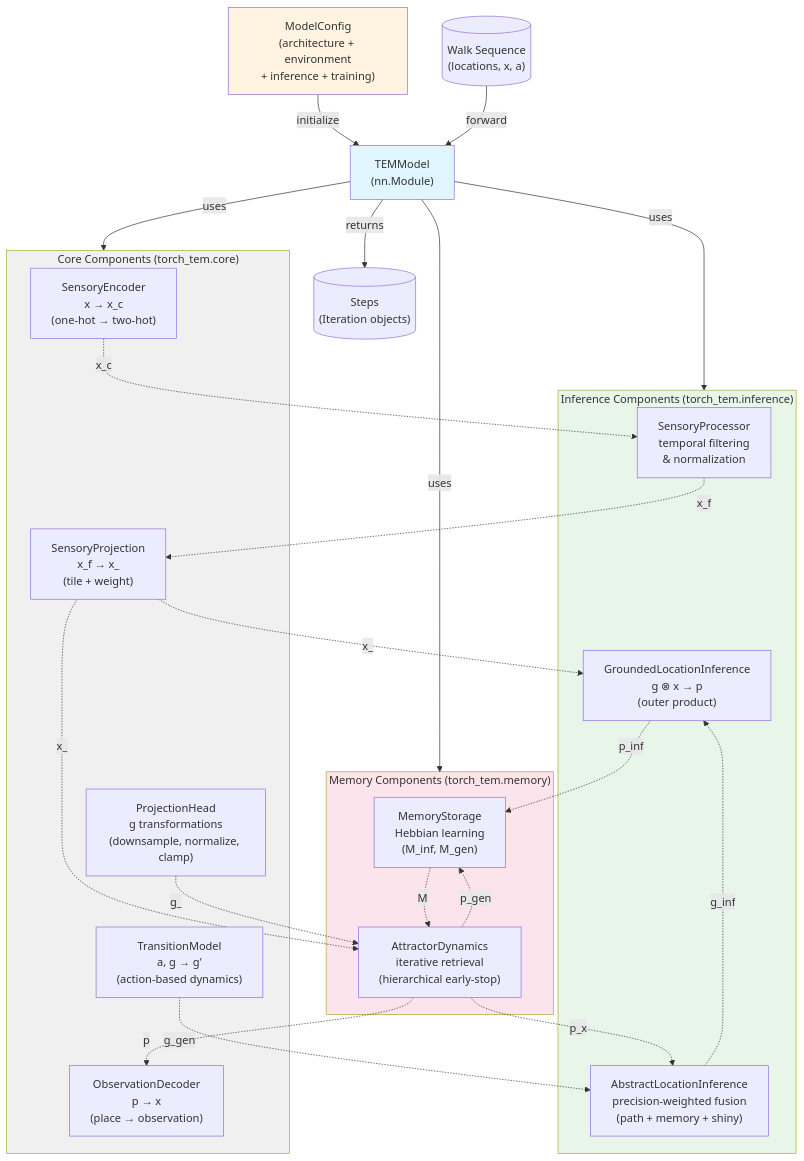
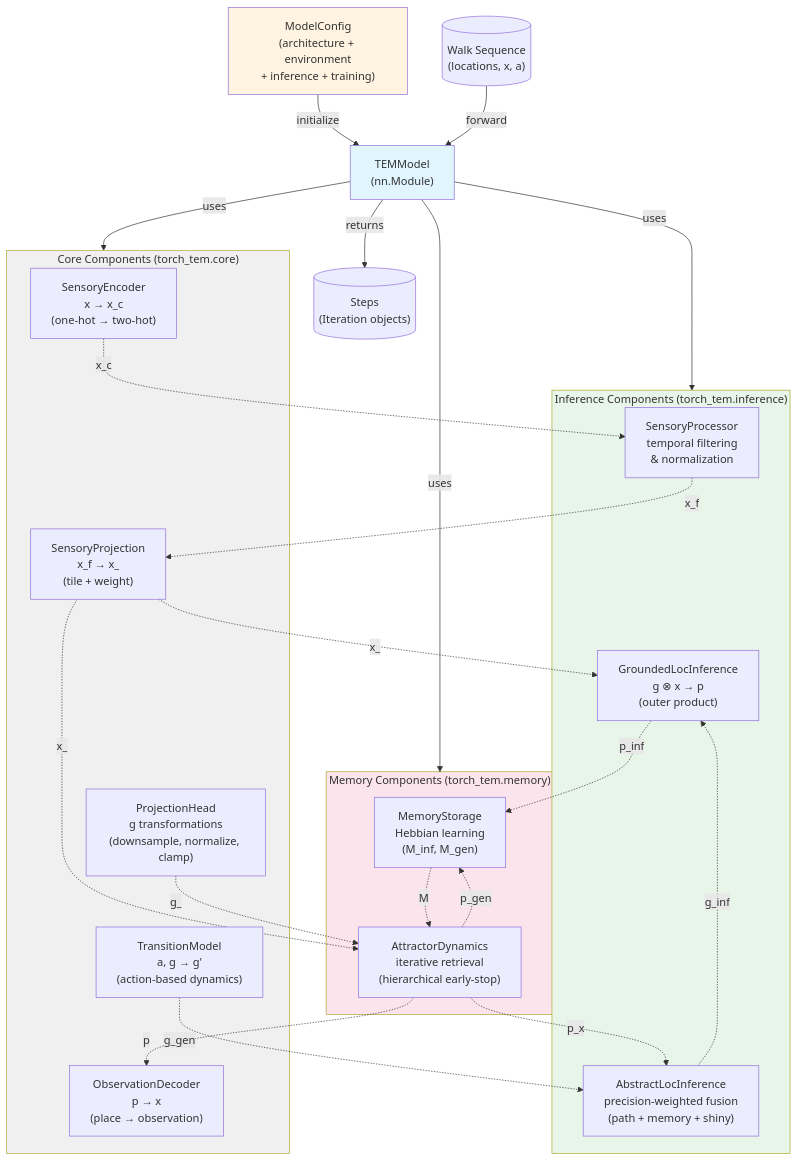
One commit to BorjaEst/tem changed the diagram in docs/architecture.mmd. Above: the diagram before and after it, drawn with Mermaid. The commit also changed 33 other files, not shown here.

```diff
--- a/docs/architecture.mmd
+++ b/docs/architecture.mmd
@@ -1,65 +1,65 @@
 %% Tolman-Eichenbaum Machine (TEM) - Overall Architecture
 graph TB
     %% Input/Output
     Walk[("Walk Sequence<br/>(locations, x, a)")]
     Steps[("Steps<br/>(Iteration objects)")]
     
     %% Main Model
     TEMModel["TEMModel<br/>(nn.Module)"]
     
     %% Configuration
     Config["ModelConfig<br/>(architecture + environment<br/>+ inference + training)"]
     
     %% Core Components
     subgraph Core["Core Components (torch_tem.core)"]
         Encoder["SensoryEncoder<br/>x → x_c<br/>(one-hot → two-hot)"]
         Decoder["ObservationDecoder<br/>p → x<br/>(place → observation)"]
         Projection["ProjectionHead<br/>g transformations<br/>(downsample, normalize, clamp)"]
         Tiling["SensoryProjection<br/>x_f → x_<br/>(tile + weight)"]
         Transition["TransitionModel<br/>a, g → g'<br/>(action-based dynamics)"]
     end
     
     %% Inference Components
     subgraph Inference["Inference Components (torch_tem.inference)"]
         Sensory["SensoryProcessor<br/>temporal filtering<br/>& normalization"]
-        Grounded["GroundedLocationInference<br/>g ⊗ x → p<br/>(outer product)"]
-        Abstract["AbstractLocationInference<br/>precision-weighted fusion<br/>(path + memory + shiny)"]
+        Grounded["GroundedLocInference<br/>g ⊗ x → p<br/>(outer product)"]
+        Abstract["AbstractLocInference<br/>precision-weighted fusion<br/>(path + memory + shiny)"]
     end
     
     %% Memory Components
     subgraph Memory["Memory Components (torch_tem.memory)"]
         Storage["MemoryStorage<br/>Hebbian learning<br/>(M_inf, M_gen)"]
         Attractor["AttractorDynamics<br/>iterative retrieval<br/>(hierarchical early-stop)"]
     end
     
     %% Data Flow
     Config -->|initialize| TEMModel
     Walk -->|forward| TEMModel
     TEMModel -->|returns| Steps
     
     TEMModel -->|uses| Core
     TEMModel -->|uses| Inference
     TEMModel -->|uses| Memory
     
     %% Component Dependencies
     Encoder -.->|x_c| Sensory
     Sensory -.->|x_f| Tiling
     Tiling -.->|x_| Grounded
     Tiling -.->|x_| Attractor
     
     Transition -.->|g_gen| Abstract
     Attractor -.->|p_x| Abstract
     Abstract -.->|g_inf| Grounded
     
     Grounded -.->|p_inf| Storage
     Attractor -.->|p_gen| Storage
     Storage -.->|M| Attractor
     
     Projection -.->|g_| Attractor
     Attractor -.->|p| Decoder
 
     style TEMModel fill:#e1f5ff
     style Config fill:#fff4e1
     style Core fill:#f0f0f0
     style Inference fill:#e8f5e9
     style Memory fill:#fce4ec
```
